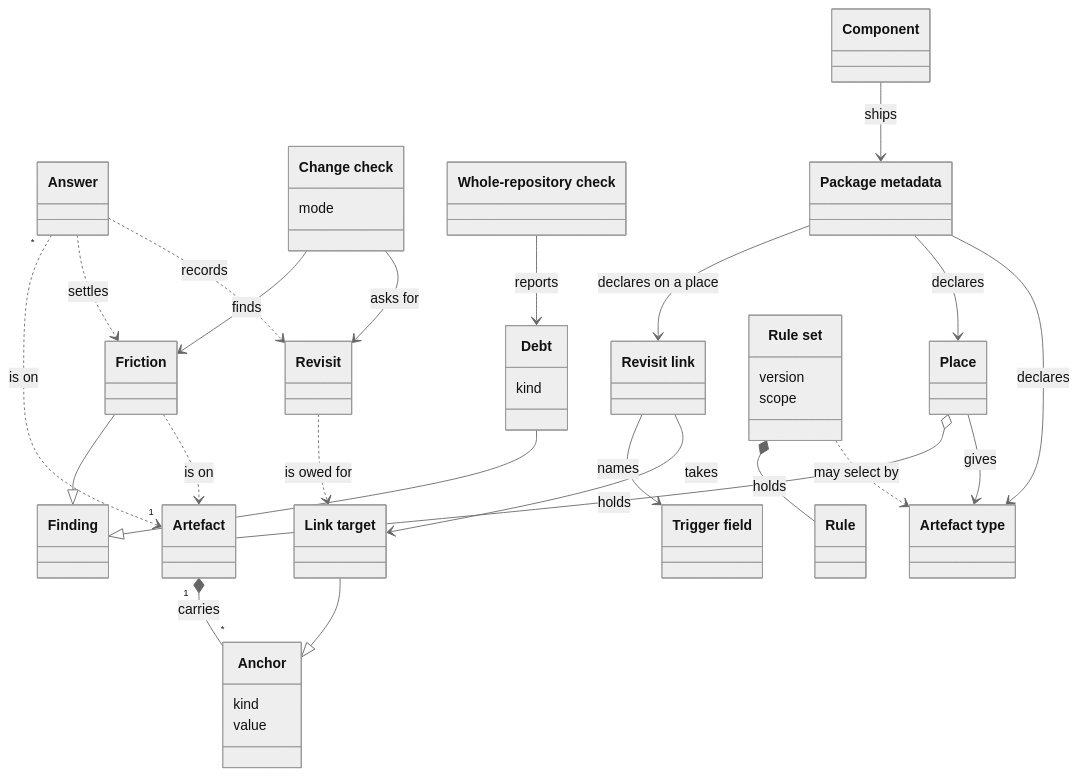
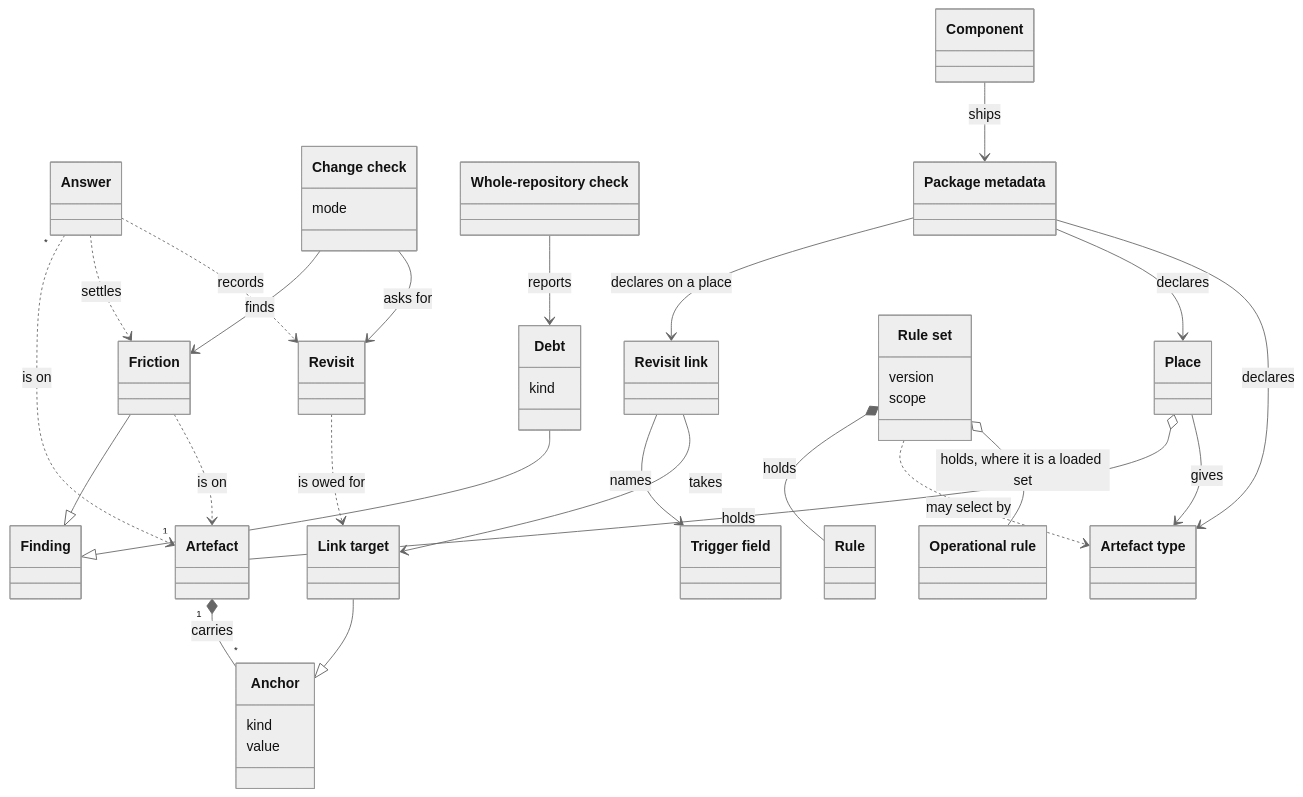
The first of 3 diagrams in tech-docs/analysis/core/domain-model/070-artefacts-and-friction.md (aleskalfas/project-kit), drawn with Mermaid (neutral theme) before and after one commit. The commit also changed other lines of this file and 3 other files, not shown here.

First line of the commit message:
docs: view 070 states the layers and loaded sets of operational rules

````diff
--- a/tech-docs/analysis/core/domain-model/070-artefacts-and-friction.md
+++ b/tech-docs/analysis/core/domain-model/070-artefacts-and-friction.md
@@ -66,51 +72,53 @@
 ```mermaid
 classDiagram
   accTitle: Artefacts and friction
-  accDescr: A place holds artefacts, and gives most of them their artefact type. An artefact carries its anchors. An answer is on an artefact, and lives apart from it, in a file of the change that wrote it. Friction is a finding on an artefact, and a revalidation or a deferral, which are answers, settles it. The change check finds friction. The whole-repository check reports debt, which is a finding too. Package metadata declares revisit links on places. A revisit link names trigger fields and takes link targets, which are anchors. The change check asks for a revisit of each link target, and an answer may record that revisit. A rule set holds rules, and selects artefacts by artefact type. A component ships package metadata, which declares its places and its artefact types.
+  accDescr: A place holds artefacts, and gives most of them their artefact type. An artefact carries its anchors. An answer is on an artefact, and lives apart from it, in a file of the change that wrote it. Friction is a finding on an artefact, and a revalidation or a deferral, which are answers, settles it. The change check finds friction. The whole-repository check reports debt, which is a finding too. Package metadata declares revisit links on places. A revisit link names trigger fields and takes link targets, which are anchors. The change check asks for a revisit of each link target, and an answer may record that revisit. A rule set holds rules, and selects artefacts by artefact type. A loaded rule set holds operational rules. A component ships package metadata, which declares its places and its artefact types.
   class Place["Place"]
   class Artefact["Artefact"]
   class Anchor["Anchor"]
   Anchor : kind
   Anchor : value
   class Answer["Answer"]
   class Friction["Friction"]
   class Finding["Finding"]
   class ChangeCheck["Change check"]
   ChangeCheck : mode
   class WholeRepositoryCheck["Whole-repository check"]
   class Debt["Debt"]
   Debt : kind
   class RevisitLink["Revisit link"]
   class LinkTarget["Link target"]
   class TriggerField["Trigger field"]
   class Revisit["Revisit"]
   class RuleSet["Rule set"]
   RuleSet : version
   RuleSet : scope
   class Rule["Rule"]
+  class OperationalRule["Operational rule"]
   class ArtefactType["Artefact type"]
   class PackageMetadata["Package metadata"]
   class Component["Component"]
   Place o-- Artefact : holds
   Place --> ArtefactType : gives
   Artefact "1" *-- "*" Anchor : carries
   Answer "*" ..> "1" Artefact : is on
   Friction --|> Finding
   Friction ..> Artefact : is on
   Answer ..> Friction : settles
   ChangeCheck --> Friction : finds
   WholeRepositoryCheck --> Debt : reports
   Debt --|> Finding
   PackageMetadata --> RevisitLink : declares on a place
   RevisitLink --> TriggerField : names
   RevisitLink --> LinkTarget : takes
   LinkTarget --|> Anchor
   ChangeCheck --> Revisit : asks for
   Revisit ..> LinkTarget : is owed for
   Answer ..> Revisit : records
   RuleSet *-- Rule : holds
   RuleSet ..> ArtefactType : may select by
+  RuleSet o-- OperationalRule : holds, where it is a loaded set
   Component --> PackageMetadata : ships
   PackageMetadata --> Place : declares
   PackageMetadata --> ArtefactType : declares
 ```
````
